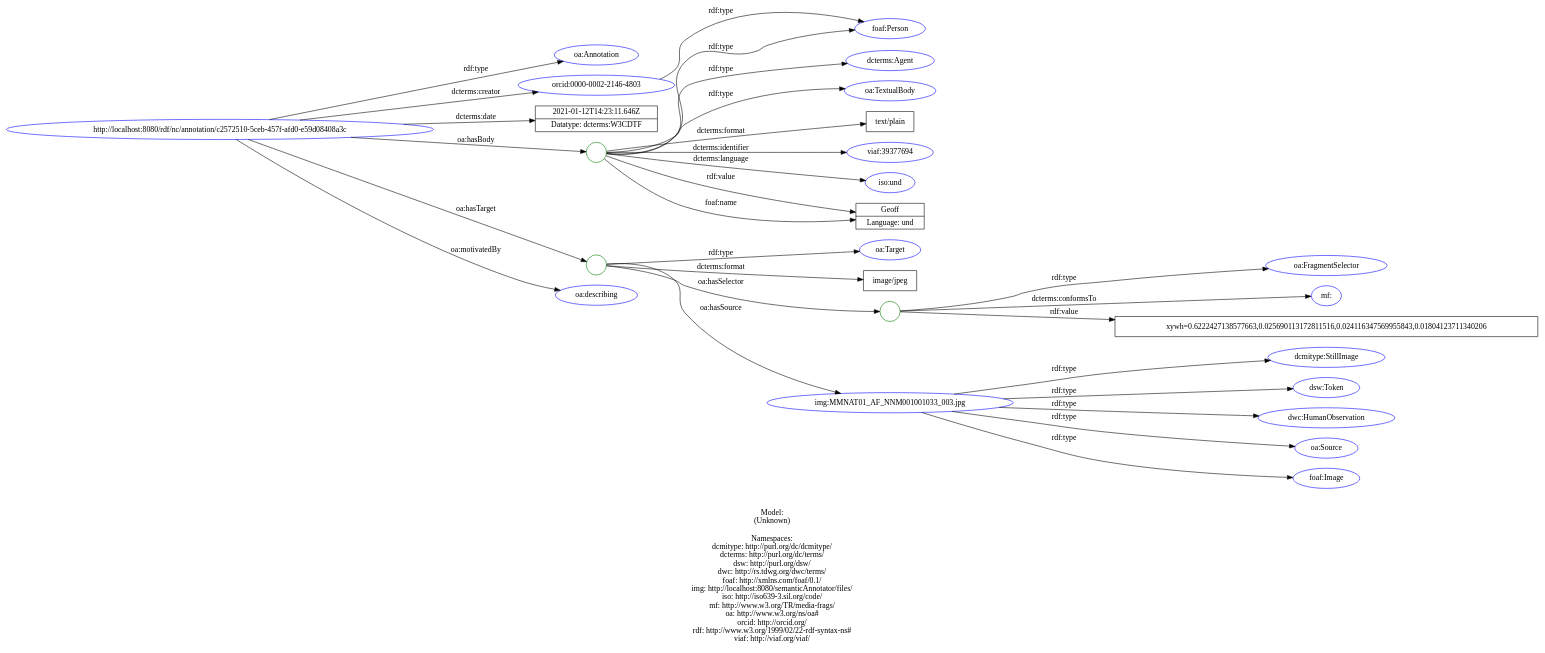
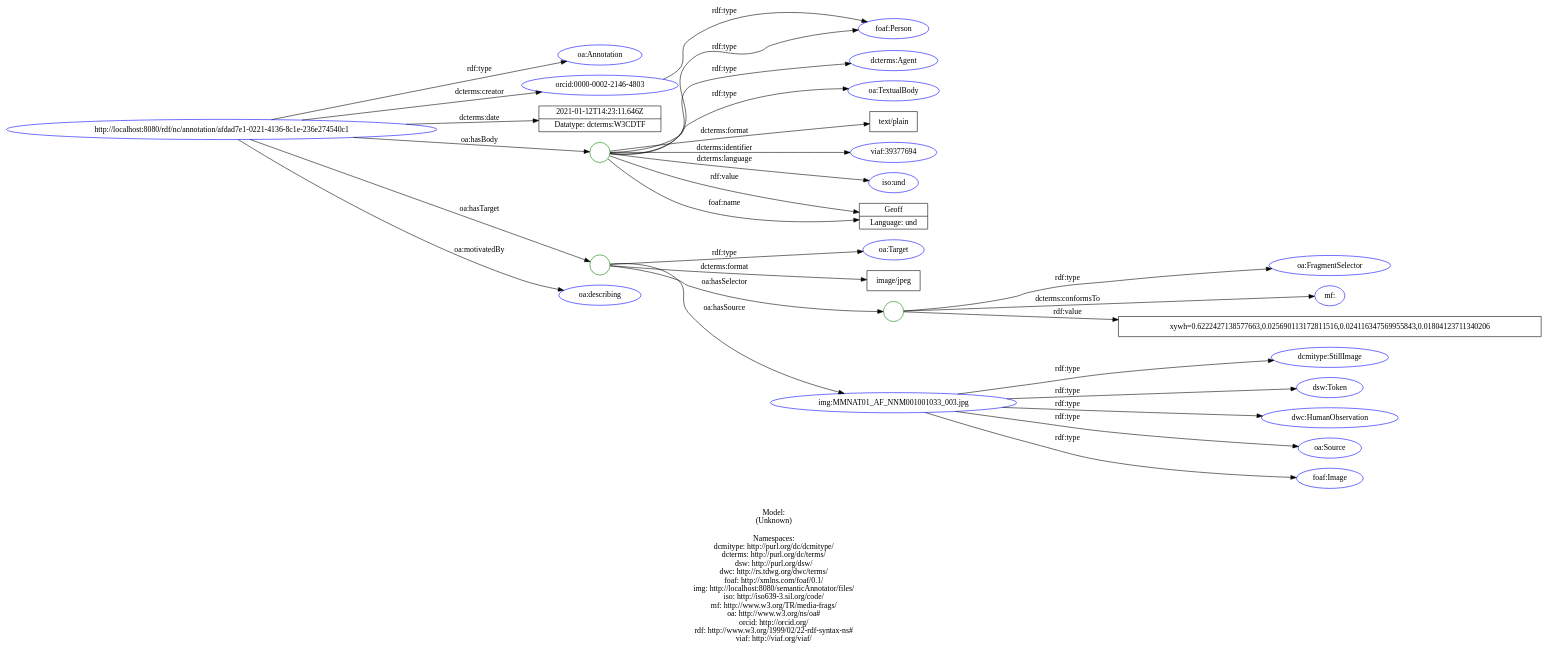
Before and after one commit to lisestork/SFB-Annotator: the diagram in doc/models/example_2_1.dot, drawn with Graphviz. The commit also changed 9 other files, not shown here.

Commit message:
Update doc. models in SVG. - change (remote) img:default.jpg to (local) img:MMNAT01_AF_NNM001001033_*.jpg

```diff
--- a/doc/models/example_2_1.dot
+++ b/doc/models/example_2_1.dot
@@ -1,66 +1,66 @@
 digraph {
 	rankdir = LR;
 	charset="utf-8";
 
-	"Rhttp://localhost:8080/rdf/nc/annotation/c2572510-5ceb-457f-afd0-e59d08408a3c" -> "Roa:Annotation" [ label="rdf:type" ];
-	"Rhttp://localhost:8080/rdf/nc/annotation/c2572510-5ceb-457f-afd0-e59d08408a3c" -> "Rorcid:0000-0002-2146-4803" [ label="dcterms:creator" ];
-	"Rhttp://localhost:8080/rdf/nc/annotation/c2572510-5ceb-457f-afd0-e59d08408a3c" -> "L2021-01-12T14:23:11.646Z|Datatype: dcterms:W3CDTF" [ label="dcterms:date" ];
-	"Rhttp://localhost:8080/rdf/nc/annotation/c2572510-5ceb-457f-afd0-e59d08408a3c" -> "B_:node1f26ai8ibx7" [ label="oa:hasBody" ];
-	"B_:node1f26ai8ibx7" -> "Rdcterms:Agent" [ label="rdf:type" ];
-	"B_:node1f26ai8ibx7" -> "Roa:TextualBody" [ label="rdf:type" ];
-	"B_:node1f26ai8ibx7" -> "Rfoaf:Person" [ label="rdf:type" ];
-	"B_:node1f26ai8ibx7" -> "Ltext/plain" [ label="dcterms:format" ];
-	"B_:node1f26ai8ibx7" -> "Rviaf:39377694" [ label="dcterms:identifier" ];
-	"B_:node1f26ai8ibx7" -> "Riso:und" [ label="dcterms:language" ];
-	"B_:node1f26ai8ibx7" -> "LGeoff|Language: und" [ label="rdf:value" ];
-	"B_:node1f26ai8ibx7" -> "LGeoff|Language: und" [ label="foaf:name" ];
-	"Rhttp://localhost:8080/rdf/nc/annotation/c2572510-5ceb-457f-afd0-e59d08408a3c" -> "B_:node1f26ai8ibx6" [ label="oa:hasTarget" ];
-	"B_:node1f26ai8ibx6" -> "Roa:Target" [ label="rdf:type" ];
-	"B_:node1f26ai8ibx6" -> "Limage/jpeg" [ label="dcterms:format" ];
-	"B_:node1f26ai8ibx6" -> "B_:node1f26ai8ibx9" [ label="oa:hasSelector" ];
-	"B_:node1f26ai8ibx9" -> "Roa:FragmentSelector" [ label="rdf:type" ];
-	"B_:node1f26ai8ibx9" -> "Rmf:" [ label="dcterms:conformsTo" ];
-	"B_:node1f26ai8ibx9" -> "Lxywh=0.6222427138577663,0.025690113172811516,0.024116347569955843,0.01804123711340206" [ label="rdf:value" ];
-	"B_:node1f26ai8ibx6" -> "Rimg:MMNAT01_AF_NNM001001033_003.jpg" [ label="oa:hasSource" ];
-	"Rhttp://localhost:8080/rdf/nc/annotation/c2572510-5ceb-457f-afd0-e59d08408a3c" -> "Roa:describing" [ label="oa:motivatedBy" ];
+	"Rhttp://localhost:8080/rdf/nc/annotation/afdad7e1-0221-4136-8c1e-236e274540c1" -> "Roa:Annotation" [ label="rdf:type" ];
+	"Rhttp://localhost:8080/rdf/nc/annotation/afdad7e1-0221-4136-8c1e-236e274540c1" -> "Rorcid:0000-0002-2146-4803" [ label="dcterms:creator" ];
+	"Rhttp://localhost:8080/rdf/nc/annotation/afdad7e1-0221-4136-8c1e-236e274540c1" -> "L2021-01-12T14:23:11.646Z|Datatype: dcterms:W3CDTF" [ label="dcterms:date" ];
+	"Rhttp://localhost:8080/rdf/nc/annotation/afdad7e1-0221-4136-8c1e-236e274540c1" -> "B_:node1f26ai8ibx50" [ label="oa:hasBody" ];
+	"B_:node1f26ai8ibx50" -> "Rdcterms:Agent" [ label="rdf:type" ];
+	"B_:node1f26ai8ibx50" -> "Roa:TextualBody" [ label="rdf:type" ];
+	"B_:node1f26ai8ibx50" -> "Rfoaf:Person" [ label="rdf:type" ];
+	"B_:node1f26ai8ibx50" -> "Ltext/plain" [ label="dcterms:format" ];
+	"B_:node1f26ai8ibx50" -> "Rviaf:39377694" [ label="dcterms:identifier" ];
+	"B_:node1f26ai8ibx50" -> "Riso:und" [ label="dcterms:language" ];
+	"B_:node1f26ai8ibx50" -> "LGeoff|Language: und" [ label="rdf:value" ];
+	"B_:node1f26ai8ibx50" -> "LGeoff|Language: und" [ label="foaf:name" ];
+	"Rhttp://localhost:8080/rdf/nc/annotation/afdad7e1-0221-4136-8c1e-236e274540c1" -> "B_:node1f26ai8ibx49" [ label="oa:hasTarget" ];
+	"B_:node1f26ai8ibx49" -> "Roa:Target" [ label="rdf:type" ];
+	"B_:node1f26ai8ibx49" -> "Limage/jpeg" [ label="dcterms:format" ];
+	"B_:node1f26ai8ibx49" -> "B_:node1f26ai8ibx52" [ label="oa:hasSelector" ];
+	"B_:node1f26ai8ibx52" -> "Roa:FragmentSelector" [ label="rdf:type" ];
+	"B_:node1f26ai8ibx52" -> "Rmf:" [ label="dcterms:conformsTo" ];
+	"B_:node1f26ai8ibx52" -> "Lxywh=0.6222427138577663,0.025690113172811516,0.024116347569955843,0.01804123711340206" [ label="rdf:value" ];
+	"B_:node1f26ai8ibx49" -> "Rimg:MMNAT01_AF_NNM001001033_003.jpg" [ label="oa:hasSource" ];
+	"Rhttp://localhost:8080/rdf/nc/annotation/afdad7e1-0221-4136-8c1e-236e274540c1" -> "Roa:describing" [ label="oa:motivatedBy" ];
 	"Rorcid:0000-0002-2146-4803" -> "Rfoaf:Person" [ label="rdf:type" ];
 	"Rimg:MMNAT01_AF_NNM001001033_003.jpg" -> "Rdcmitype:StillImage" [ label="rdf:type" ];
 	"Rimg:MMNAT01_AF_NNM001001033_003.jpg" -> "Rdsw:Token" [ label="rdf:type" ];
 	"Rimg:MMNAT01_AF_NNM001001033_003.jpg" -> "Rdwc:HumanObservation" [ label="rdf:type" ];
 	"Rimg:MMNAT01_AF_NNM001001033_003.jpg" -> "Roa:Source" [ label="rdf:type" ];
 	"Rimg:MMNAT01_AF_NNM001001033_003.jpg" -> "Rfoaf:Image" [ label="rdf:type" ];
 
 	// Resources
-	"Rhttp://localhost:8080/rdf/nc/annotation/c2572510-5ceb-457f-afd0-e59d08408a3c" [ label="http://localhost:8080/rdf/nc/annotation/c2572510-5ceb-457f-afd0-e59d08408a3c", shape = ellipse, color = blue ];
+	"Rhttp://localhost:8080/rdf/nc/annotation/afdad7e1-0221-4136-8c1e-236e274540c1" [ label="http://localhost:8080/rdf/nc/annotation/afdad7e1-0221-4136-8c1e-236e274540c1", shape = ellipse, color = blue ];
 	"Roa:Annotation" [ label="oa:Annotation", shape = ellipse, color = blue ];
 	"Rorcid:0000-0002-2146-4803" [ label="orcid:0000-0002-2146-4803", shape = ellipse, color = blue ];
 	"Rdcterms:Agent" [ label="dcterms:Agent", shape = ellipse, color = blue ];
 	"Roa:TextualBody" [ label="oa:TextualBody", shape = ellipse, color = blue ];
 	"Rfoaf:Person" [ label="foaf:Person", shape = ellipse, color = blue ];
 	"Rviaf:39377694" [ label="viaf:39377694", shape = ellipse, color = blue ];
 	"Riso:und" [ label="iso:und", shape = ellipse, color = blue ];
 	"Roa:Target" [ label="oa:Target", shape = ellipse, color = blue ];
 	"Roa:FragmentSelector" [ label="oa:FragmentSelector", shape = ellipse, color = blue ];
 	"Rmf:" [ label="mf:", shape = ellipse, color = blue ];
 	"Rimg:MMNAT01_AF_NNM001001033_003.jpg" [ label="img:MMNAT01_AF_NNM001001033_003.jpg", shape = ellipse, color = blue ];
 	"Roa:describing" [ label="oa:describing", shape = ellipse, color = blue ];
 	"Rdcmitype:StillImage" [ label="dcmitype:StillImage", shape = ellipse, color = blue ];
 	"Rdsw:Token" [ label="dsw:Token", shape = ellipse, color = blue ];
 	"Rdwc:HumanObservation" [ label="dwc:HumanObservation", shape = ellipse, color = blue ];
 	"Roa:Source" [ label="oa:Source", shape = ellipse, color = blue ];
 	"Rfoaf:Image" [ label="foaf:Image", shape = ellipse, color = blue ];
 
 	// Anonymous nodes
-	"B_:node1f26ai8ibx7" [ label="", shape = circle, color = green ];
-	"B_:node1f26ai8ibx6" [ label="", shape = circle, color = green ];
-	"B_:node1f26ai8ibx9" [ label="", shape = circle, color = green ];
+	"B_:node1f26ai8ibx50" [ label="", shape = circle, color = green ];
+	"B_:node1f26ai8ibx49" [ label="", shape = circle, color = green ];
+	"B_:node1f26ai8ibx52" [ label="", shape = circle, color = green ];
 
 	// Literals
 	"L2021-01-12T14:23:11.646Z|Datatype: dcterms:W3CDTF" [ label="2021-01-12T14:23:11.646Z|Datatype: dcterms:W3CDTF", shape = record ];
 	"Ltext/plain" [ label="text/plain", shape = record ];
 	"LGeoff|Language: und" [ label="Geoff|Language: und", shape = record ];
 	"Limage/jpeg" [ label="image/jpeg", shape = record ];
 	"Lxywh=0.6222427138577663,0.025690113172811516,0.024116347569955843,0.01804123711340206" [ label="xywh=0.6222427138577663,0.025690113172811516,0.024116347569955843,0.01804123711340206", shape = record ];
 
 	label="\n\nModel:\n(Unknown)\n\nNamespaces:\ndcmitype: http://purl.org/dc/dcmitype/\ndcterms: http://purl.org/dc/terms/\ndsw: http://purl.org/dsw/\ndwc: http://rs.tdwg.org/dwc/terms/\nfoaf: http://xmlns.com/foaf/0.1/\nimg: http://localhost:8080/semanticAnnotator/files/\niso: http://iso639-3.sil.org/code/\nmf: http://www.w3.org/TR/media-frags/\noa: http://www.w3.org/ns/oa#\norcid: http://orcid.org/\nrdf: http://www.w3.org/1999/02/22-rdf-syntax-ns#\nviaf: http://viaf.org/viaf/\n";
 }
```
